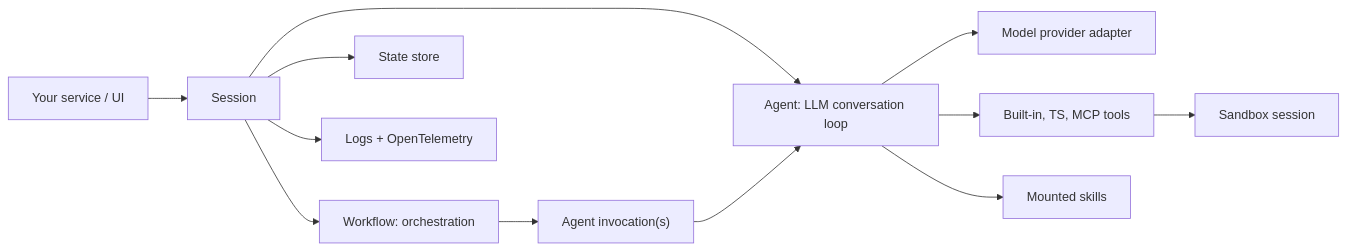
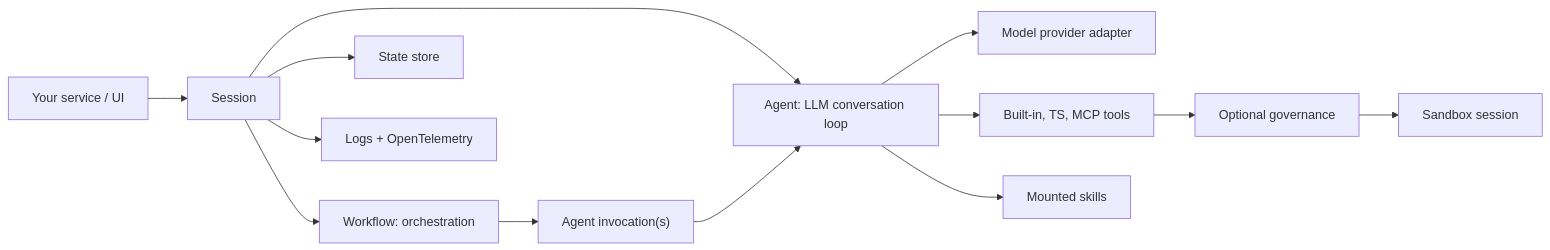
One commit to puristajs/harness changed the second of 2 diagrams in docs/README.md. Above: the diagram before and after it, drawn with Mermaid. The commit also changed other lines of this file and 37 other files, not shown here.

Commit message:
add optional governance policies

````diff
--- a/docs/README.md
+++ b/docs/README.md
@@ -77,14 +78,15 @@
 ```mermaid
 flowchart LR
   App["Your service / UI"] --> Session["Session"]
   Session --> Agent["Agent: LLM conversation loop"]
   Session --> Workflow["Workflow: orchestration"]
   Workflow --> AgentCall["Agent invocation(s)"]
   AgentCall --> Agent
   Agent --> Model["Model provider adapter"]
   Agent --> Tools["Built-in, TS, MCP tools"]
+  Tools --> Governance["Optional governance"]
   Agent --> Skills["Mounted skills"]
-  Tools --> Sandbox["Sandbox session"]
+  Governance --> Sandbox["Sandbox session"]
   Session --> State["State store"]
   Session --> Telemetry["Logs + OpenTelemetry"]
 ```
````
